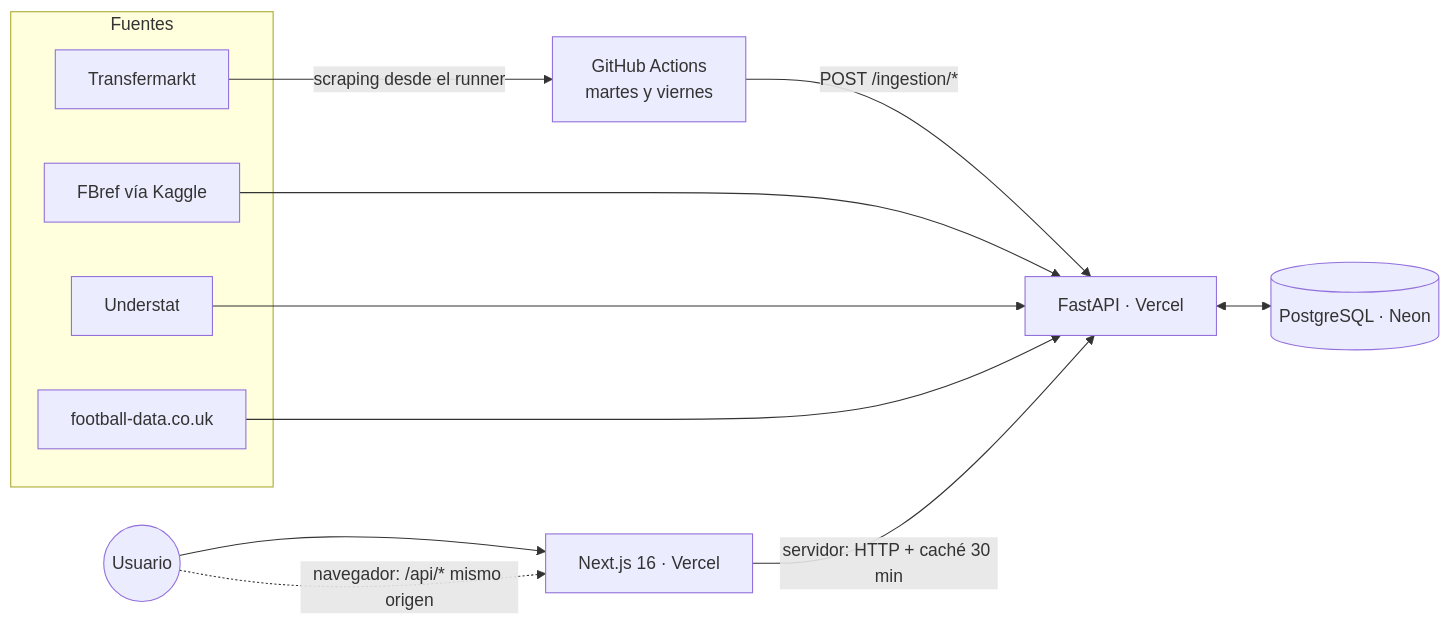
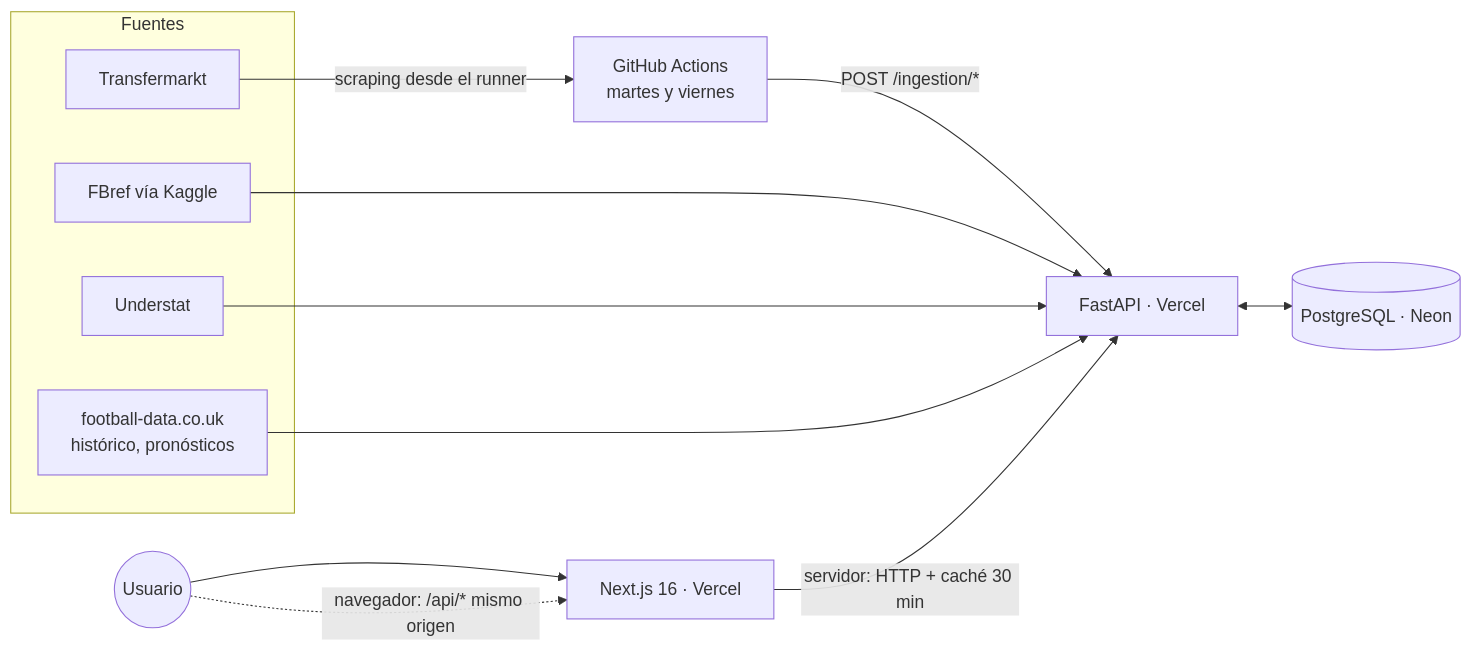
The diagram in README.md (albertoqv/el-regista), drawn with Mermaid before and after one commit. The commit also changed other lines of this file and 3 other files, not shown here.

````diff
--- a/README.md
+++ b/README.md
@@ -45,16 +47,16 @@
 ```mermaid
 flowchart LR
     subgraph Fuentes
         FB[FBref vía Kaggle]
         US[Understat]
         TM[Transfermarkt]
-        FD[football-data.co.uk]
+        FD[football-data.co.uk<br/>histórico, pronósticos]
     end
     GA[GitHub Actions<br/>martes y viernes] -->|POST /ingestion/*| API
     FB & US & FD --> API
     TM -->|scraping desde el runner| GA
     API[FastAPI · Vercel] <--> DB[(PostgreSQL · Neon)]
     WEB[Next.js 16 · Vercel] -->|servidor: HTTP + caché 30 min| API
     U((Usuario)) --> WEB
     U -.->|navegador: /api/* mismo origen| WEB
 ```
````
